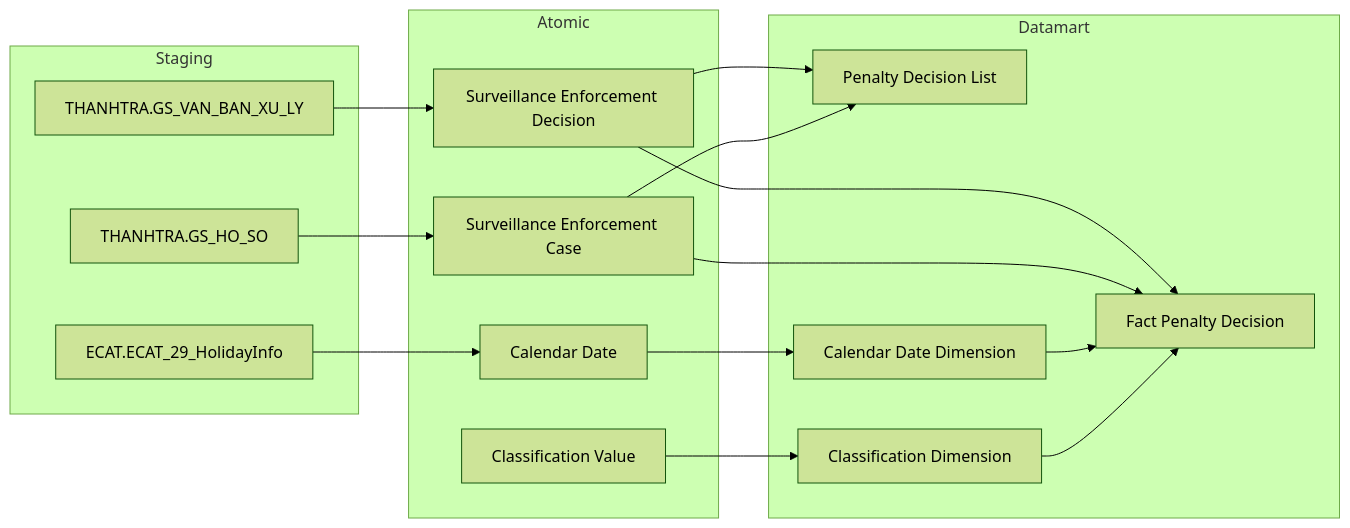
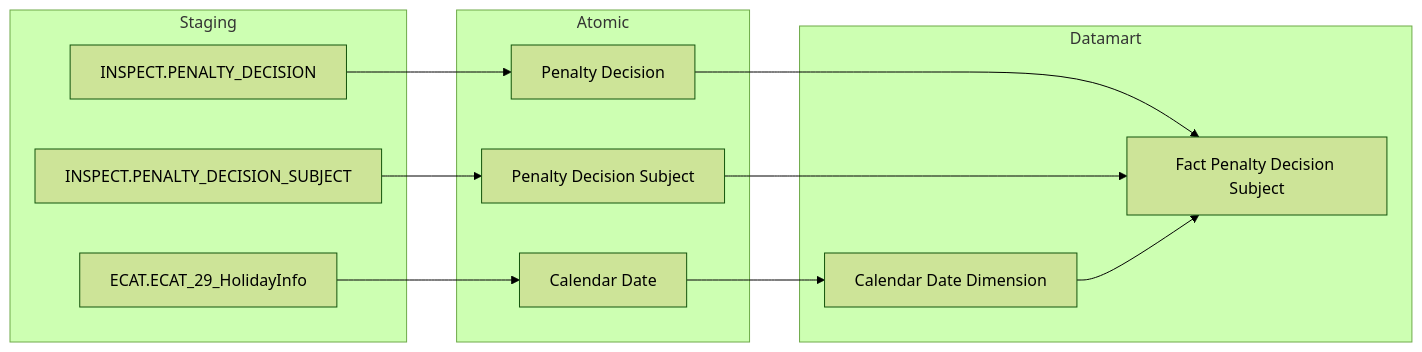
One commit to linhlvit/ubck_atomic_design changed the ninth of 46 diagrams in Datamart/hld/DTM_TT_HLD.md. Above: the diagram before and after it, drawn with Mermaid (forest theme). The commit also changed other lines of this file and 41 other files, not shown here.

````diff
--- a/Datamart/hld/DTM_TT_HLD.md
+++ b/Datamart/hld/DTM_TT_HLD.md
@@ -230,36 +303,28 @@
 ```mermaid
 flowchart LR
     subgraph SRC["Staging"]
-        S1["THANHTRA.GS_VAN_BAN_XU_LY"]
-        S2["THANHTRA.GS_HO_SO"]
+        S1["INSPECT.PENALTY_DECISION"]
+        S2["INSPECT.PENALTY_DECISION_SUBJECT"]
         ECAT_HolidayInfo["ECAT.ECAT_29_HolidayInfo"]
     end
 
     subgraph SIL["Atomic"]
-        SV1["Surveillance Enforcement Decision"]
-        SV2["Surveillance Enforcement Case"]
+        SV1["Penalty Decision"]
+        SV2["Penalty Decision Subject"]
         Calendar_Date["Calendar Date"]
-        Classification_Value["Classification Value"]
     end
 
     subgraph GOLD["Datamart"]
-        G2["Fact Penalty Decision"]
-        G1["Penalty Decision List"]
-        G3["Calendar Date Dimension"]
-        G4["Classification Dimension"]
+        G1["Fact Penalty Decision Subject"]
+        G2["Calendar Date Dimension"]
     end
 
     S1 --> SV1
     S2 --> SV2
     ECAT_HolidayInfo --> Calendar_Date
 
-    SV1 --> G2
-    SV2 --> G2
     SV1 --> G1
     SV2 --> G1
-
-    Calendar_Date --> G3
-    Classification_Value --> G4
-    G3 --> G2
-    G4 --> G2
+    Calendar_Date --> G2
+    G2 --> G1
 ```
````
